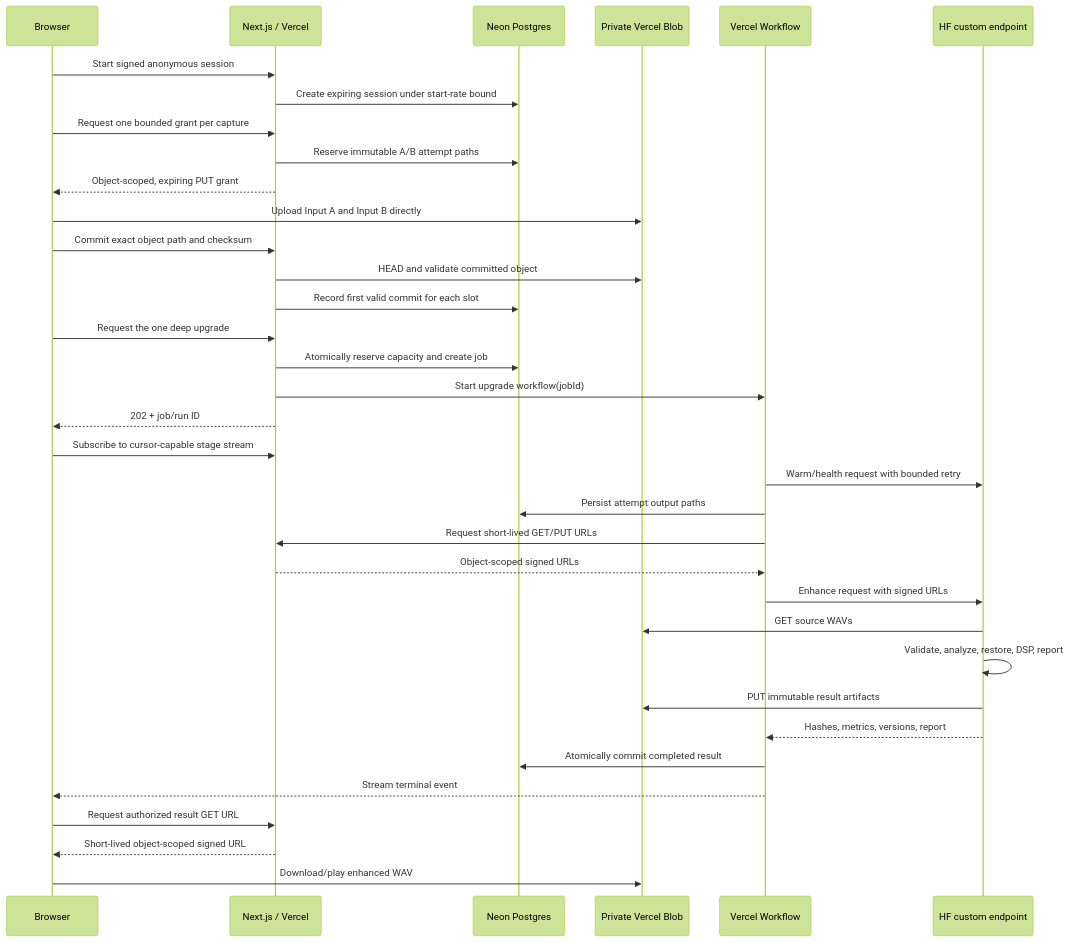
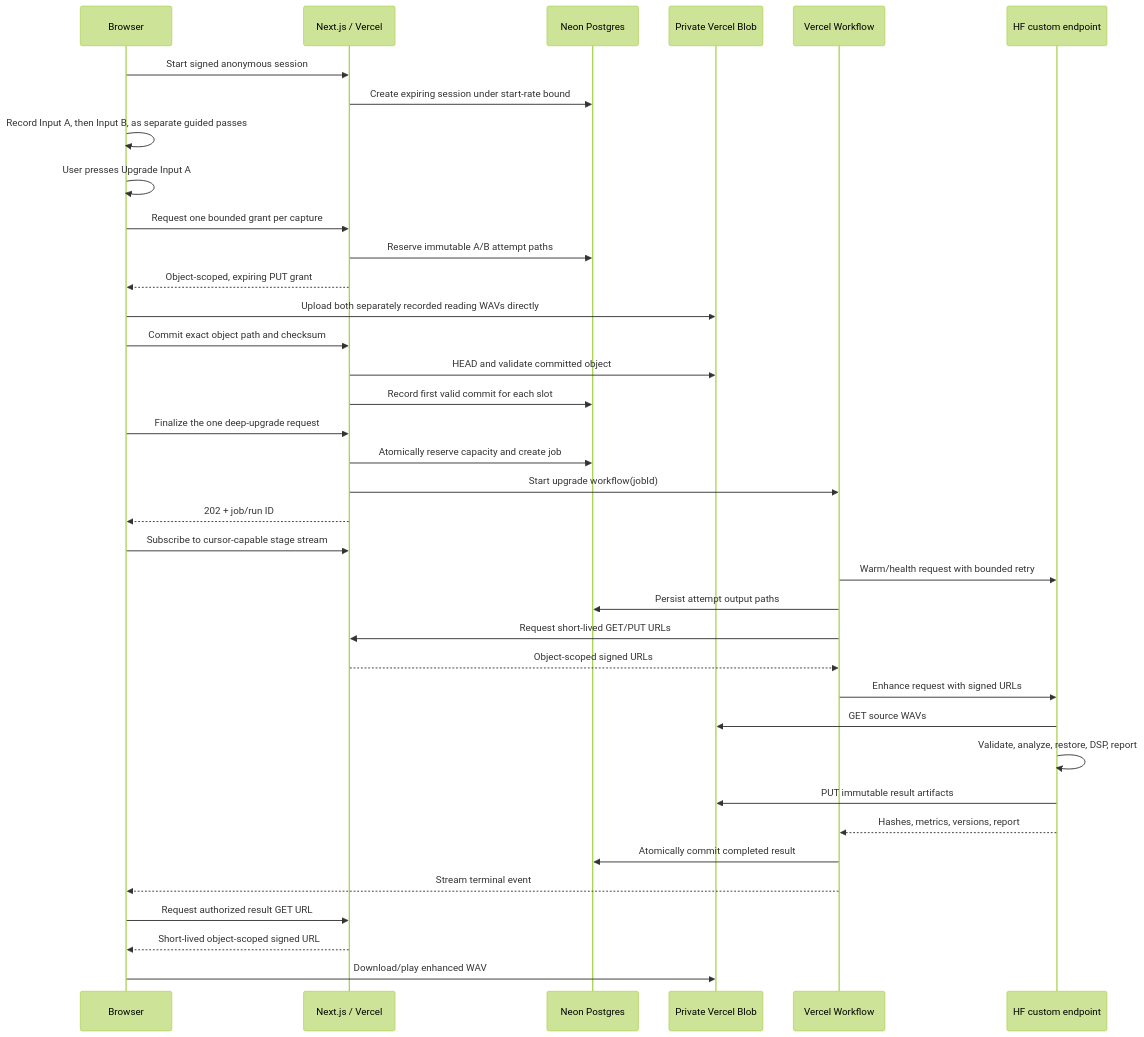
One commit to sergiopesch/signal-enhancer changed the diagram in docs/ARCHITECTURE.md. Above: the diagram before and after it, drawn with Mermaid (forest theme). The commit also changed other lines of this file and 56 other files, not shown here.

First line of the commit message:
Build guided reading and individual track review (#16)

````diff
--- a/docs/ARCHITECTURE.md
+++ b/docs/ARCHITECTURE.md
@@ -19,38 +19,40 @@
 ```mermaid
 sequenceDiagram
     participant B as Browser
     participant V as Next.js / Vercel
     participant DB as Neon Postgres
     participant Blob as Private Vercel Blob
     participant W as Vercel Workflow
     participant HF as HF custom endpoint
 
     B->>V: Start signed anonymous session
     V->>DB: Create expiring session under start-rate bound
+    B->>B: Record Input A, then Input B, as separate guided passes
+    B->>B: User presses Upgrade Input A
     B->>V: Request one bounded grant per capture
     V->>DB: Reserve immutable A/B attempt paths
     V-->>B: Object-scoped, expiring PUT grant
-    B->>Blob: Upload Input A and Input B directly
+    B->>Blob: Upload both separately recorded reading WAVs directly
     B->>V: Commit exact object path and checksum
     V->>Blob: HEAD and validate committed object
     V->>DB: Record first valid commit for each slot
-    B->>V: Request the one deep upgrade
+    B->>V: Finalize the one deep-upgrade request
     V->>DB: Atomically reserve capacity and create job
     V->>W: Start upgrade workflow(jobId)
     V-->>B: 202 + job/run ID
     B->>V: Subscribe to cursor-capable stage stream
     W->>HF: Warm/health request with bounded retry
     W->>DB: Persist attempt output paths
     W->>V: Request short-lived GET/PUT URLs
     V-->>W: Object-scoped signed URLs
     W->>HF: Enhance request with signed URLs
     HF->>Blob: GET source WAVs
     HF->>HF: Validate, analyze, restore, DSP, report
     HF->>Blob: PUT immutable result artifacts
     HF-->>W: Hashes, metrics, versions, report
     W->>DB: Atomically commit completed result
     W-->>B: Stream terminal event
     B->>V: Request authorized result GET URL
     V-->>B: Short-lived object-scoped signed URL
     B->>Blob: Download/play enhanced WAV
 ```
````
